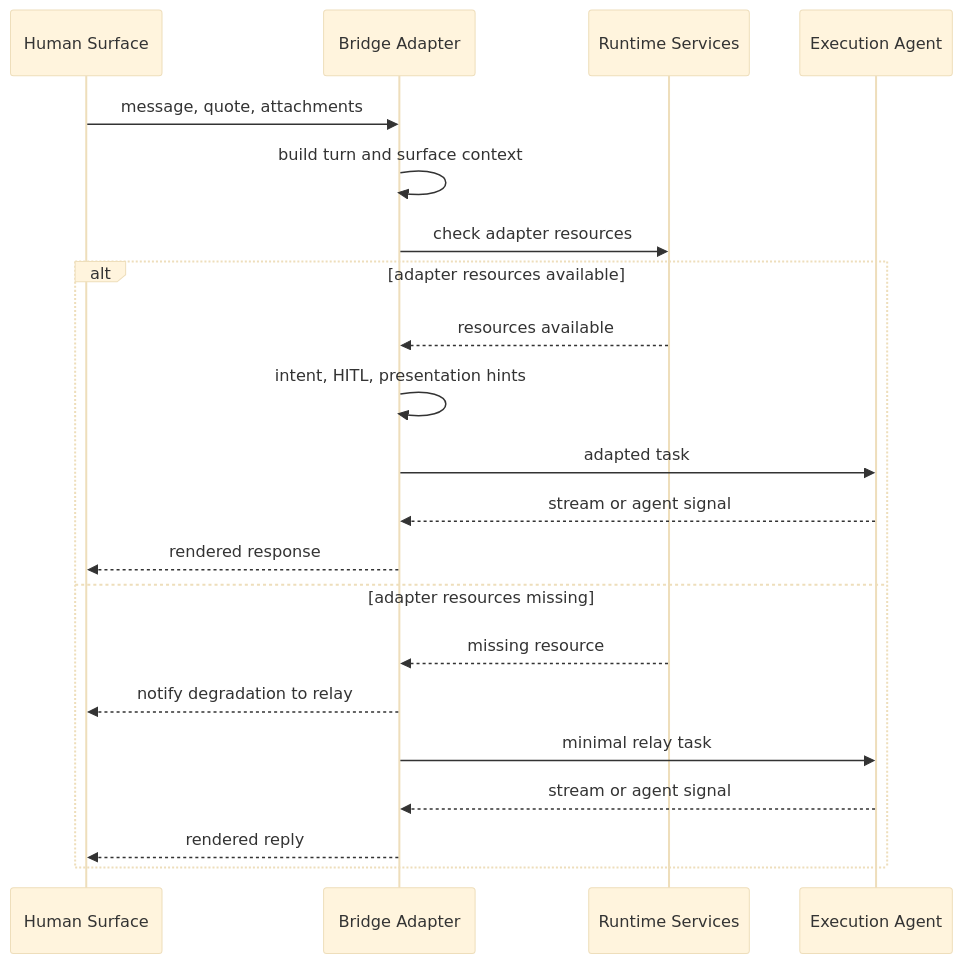
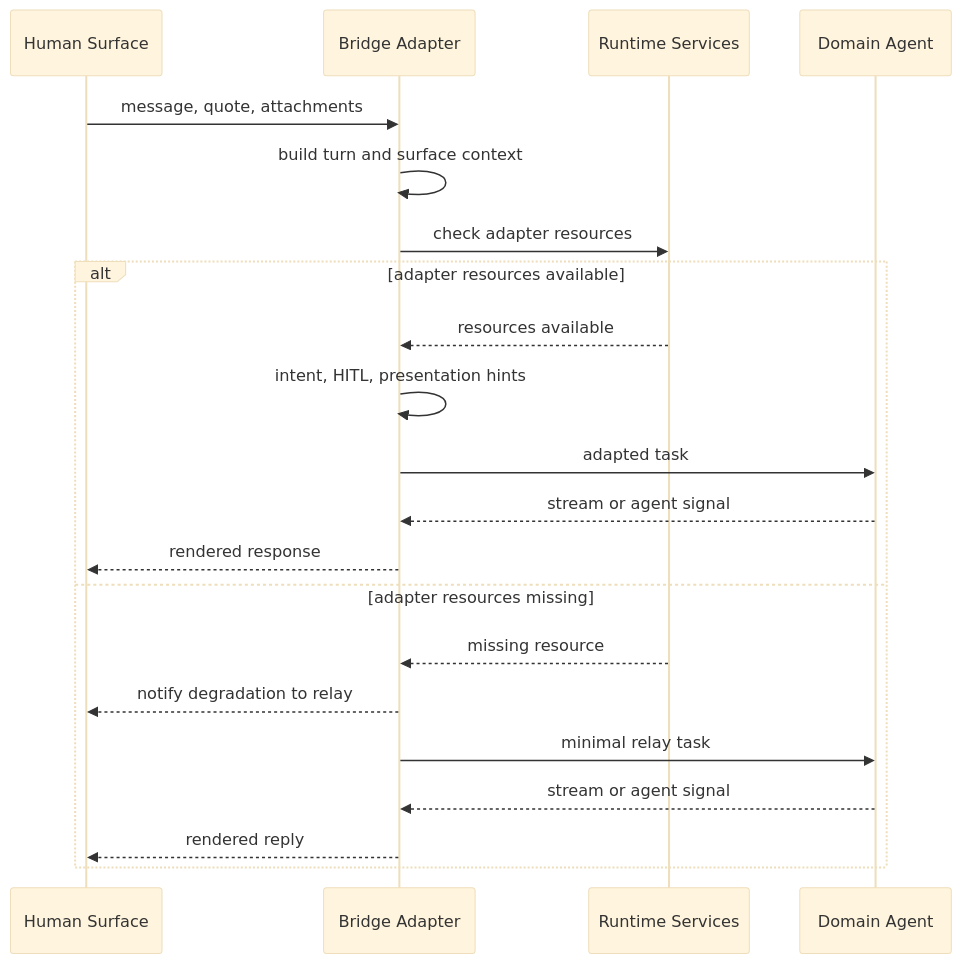
The second of 5 diagrams in architecture/system-design.md (cloudsbeyond/agent-interaction-bridge), drawn with Mermaid (base theme) before and after one commit. The commit also changed other lines of this file and 89 other files, not shown here.

First line of the commit message:
feat: formalize bounded domain-agent interaction (#4)

````diff
--- a/architecture/system-design.md
+++ b/architecture/system-design.md
@@ -87,24 +86,24 @@
 ```mermaid
 sequenceDiagram
   participant H as Human Surface
   participant B as Bridge Adapter
   participant R as Runtime Services
-  participant E as Execution Agent
+  participant D as Domain Agent
 
   H->>B: message, quote, attachments
   B->>B: build turn and surface context
   B->>R: check adapter resources
   alt adapter resources available
     R-->>B: resources available
     B->>B: intent, HITL, presentation hints
-    B->>E: adapted task
-    E-->>B: stream or agent signal
+    B->>D: adapted task
+    D-->>B: stream or agent signal
     B-->>H: rendered response
   else adapter resources missing
     R-->>B: missing resource
     B-->>H: notify degradation to relay
-    B->>E: minimal relay task
-    E-->>B: stream or agent signal
+    B->>D: minimal relay task
+    D-->>B: stream or agent signal
     B-->>H: rendered reply
   end
 ```
````
